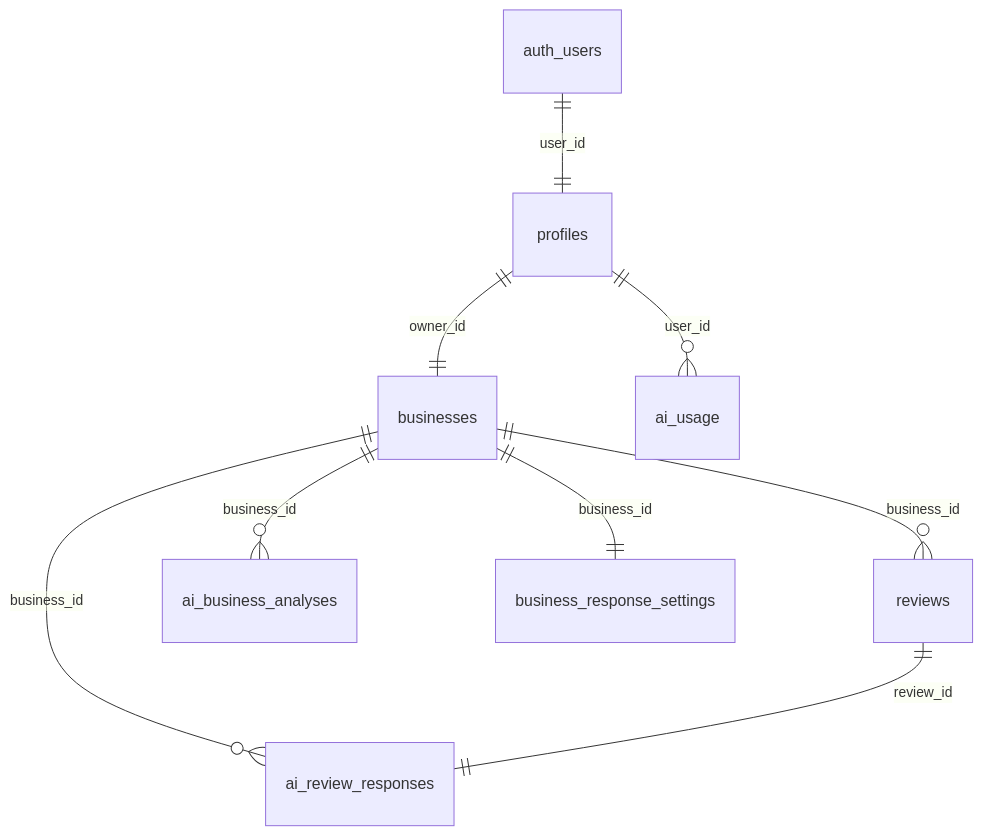
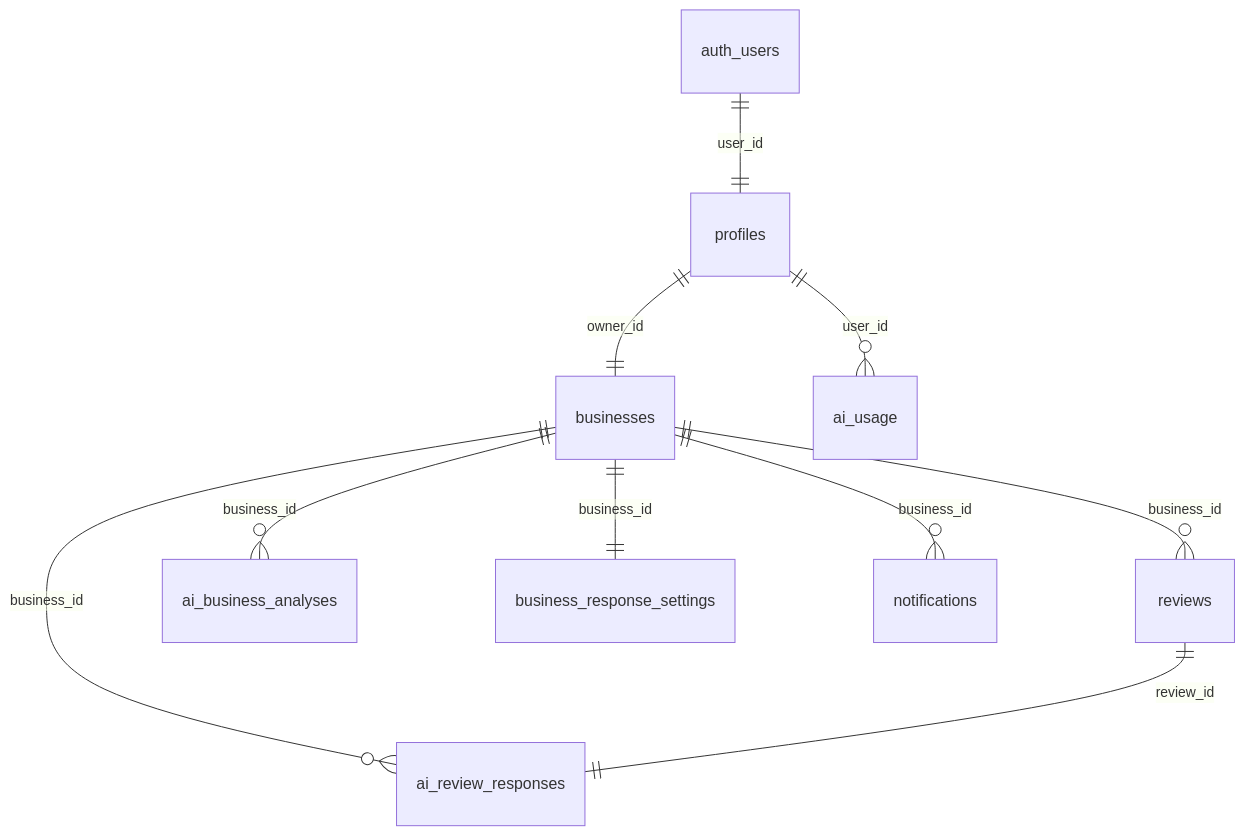
The diagram in docs/obsidian/Development/Supabase.md (FabianDziekan/Nuvorate), drawn with Mermaid before and after one commit. The commit also changed other lines of this file and 50 other files, not shown here.

````diff
--- a/docs/obsidian/Development/Supabase.md
+++ b/docs/obsidian/Development/Supabase.md
@@ -108,11 +123,12 @@
 ```mermaid
 erDiagram
   auth_users ||--|| profiles : "user_id"
   profiles ||--|| businesses : "owner_id"
   businesses ||--o{ reviews : "business_id"
   businesses ||--o{ ai_review_responses : "business_id"
   reviews ||--|| ai_review_responses : "review_id"
   businesses ||--o{ ai_business_analyses : "business_id"
   profiles ||--o{ ai_usage : "user_id"
   businesses ||--|| business_response_settings : "business_id"
+  businesses ||--o{ notifications : "business_id"
 ```
````
